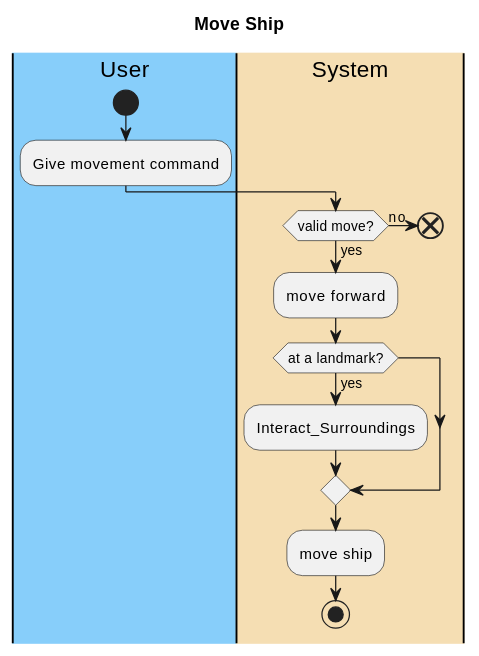
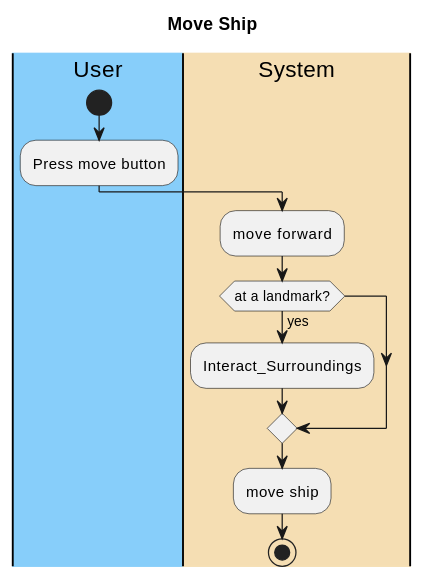
The diagram in CMPU_203_MAS/intellij/doc/use-cases/Move_Ship.md (emutchek/MaraudersAtSea), drawn with PlantUML before and after one commit. The commit also changed 9 other files, not shown here.

````diff
--- a/CMPU_203_MAS/intellij/doc/use-cases/Move_Ship.md
+++ b/CMPU_203_MAS/intellij/doc/use-cases/Move_Ship.md
@@ -34,25 +34,22 @@
 ```PlantUML
 @startuml
 title Move Ship
 |#LightSkyBlue|User|
 |#Wheat|System|
 
 |User|
 start
-:Give movement command;
+:Press move button;
 
 |System|
-if (valid move?) then (no)
-end
-else (yes)
 :move forward;
 if (at a landmark?) then (yes)
 :Interact_Surroundings;
 
 endif
 :move ship;
 
 stop
 
 @enduml
 ```
````
